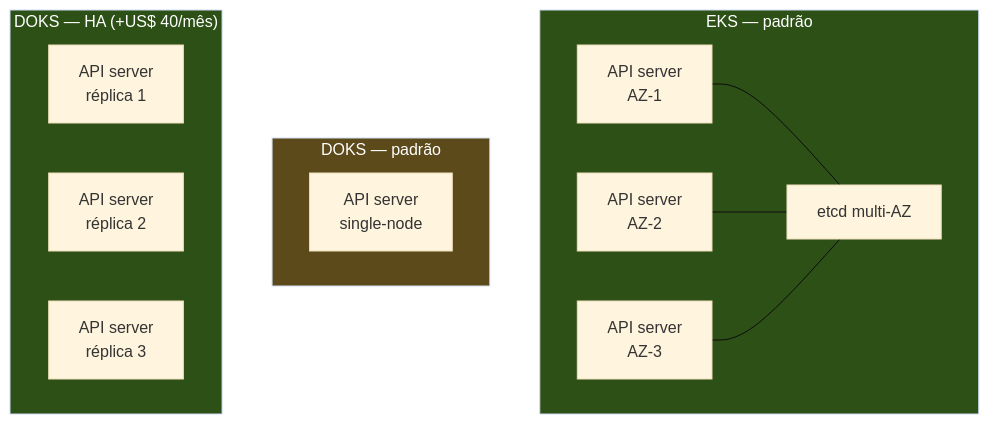
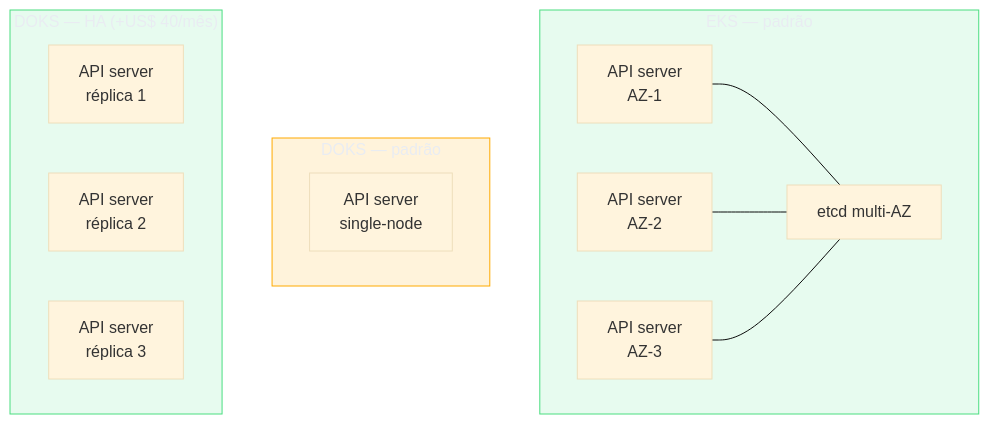
The third of 3 diagrams in 03-Dominios/Tecnologia/Cloud/12 - Containers gerenciados/05 - Kubernetes gerenciado de raspão.md (josenaldo/codex-technomanticus), drawn with Mermaid (base theme) before and after one commit. The commit also changed other lines of this file and 1181 other files, not shown here.

First line of the commit message:
fix(diagramas): paleta do sistema no lugar de cor cravada no markdown

````diff
--- a/03-Dominios/Tecnologia/Cloud/12 - Containers gerenciados/05 - Kubernetes gerenciado de raspão.md
+++ b/03-Dominios/Tecnologia/Cloud/12 - Containers gerenciados/05 - Kubernetes gerenciado de raspão.md
@@ -185,26 +188,28 @@
 ```mermaid
 flowchart TB
+    classDef ok fill:#4ADE8021,stroke:#4ADE80,color:#E9ECF2
+    classDef destaque fill:#FFAA0024,stroke:#FFAA00,color:#E9ECF2
     subgraph eks["EKS — padrão"]
         eks_api1["API server<br/>AZ-1"]
         eks_api2["API server<br/>AZ-2"]
         eks_api3["API server<br/>AZ-3"]
         eks_etcd["etcd multi-AZ"]
         eks_api1 --- eks_etcd
         eks_api2 --- eks_etcd
         eks_api3 --- eks_etcd
     end
 
     subgraph doks_std["DOKS — padrão"]
         doks_api["API server<br/>single-node"]
     end
 
     subgraph doks_ha["DOKS — HA (+US$ 40/mês)"]
         doks_api1["API server<br/>réplica 1"]
         doks_api2["API server<br/>réplica 2"]
         doks_api3["API server<br/>réplica 3"]
     end
 
-    style eks fill:#2d5016,color:#fff
-    style doks_std fill:#5c4a1a,color:#fff
-    style doks_ha fill:#2d5016,color:#fff
+    class eks ok
+    class doks_std destaque
+    class doks_ha ok
 ```
````
